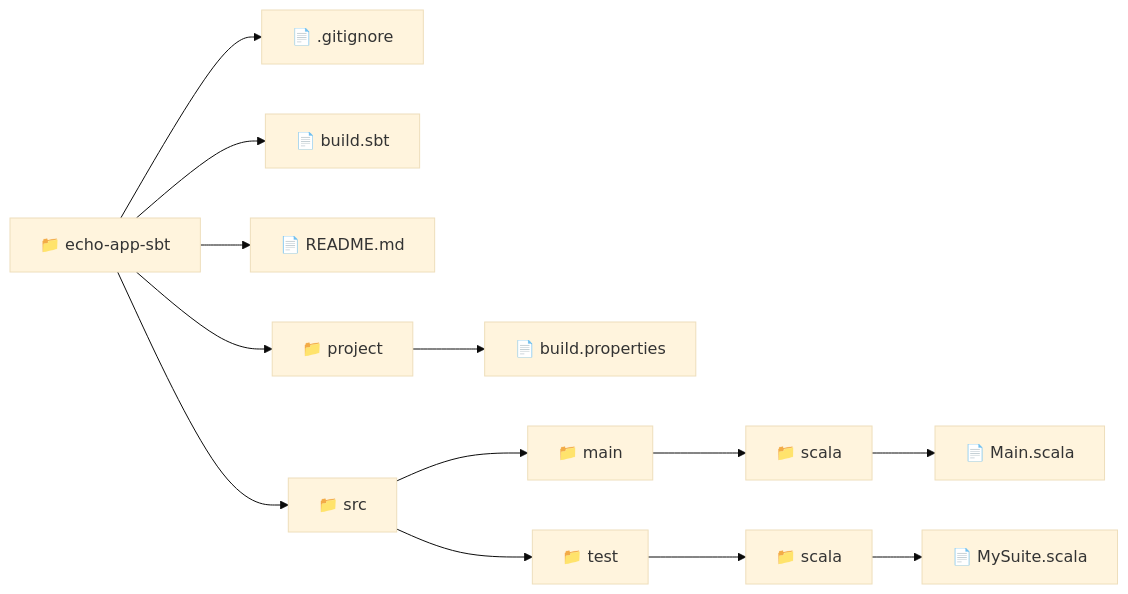
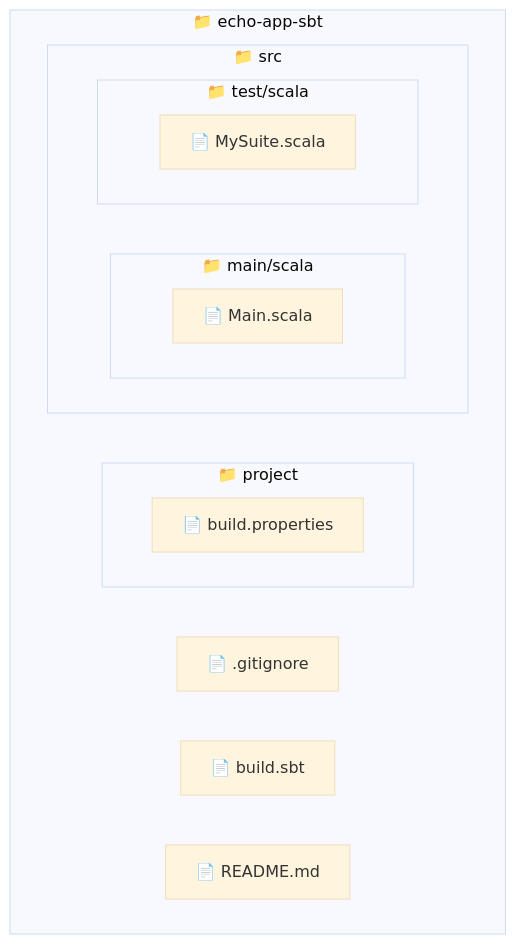
Before and after one commit to r8vnhill/dibs-docusaurus: the diagram in docs/build-systems/init/sbt.mdx, drawn with Mermaid (base theme). The commit also changed other lines of this file and 4 other files, not shown here.

````diff
--- a/docs/build-systems/init/sbt.mdx
+++ b/docs/build-systems/init/sbt.mdx
@@ -111,16 +112,24 @@
 ```mermaid
 graph LR
-    A[📁 echo-app-sbt]
-    A --> B[📄 .gitignore]
-    A --> C[📄 build.sbt]
-    A --> D[📄 README.md]
-    A --> E[📁 project]
-    E --> E1[📄 build.properties]
-    A --> F[📁 src]
-    F --> F1[📁 main]
-    F1 --> F11[📁 scala]
-    F11 --> F111[📄 Main.scala]
-    F --> F2[📁 test]
-    F2 --> F21[📁 scala]
-    F21 --> F211[📄 MySuite.scala]
+    subgraph Root [📁 echo-app-sbt]
+        direction LR
+        A[📄 .gitignore]
+        C[📄 build.sbt]
+        D[📄 README.md]
+        subgraph Project [📁 project]
+            direction LR
+            E[📄 build.properties]
+        end
+        subgraph Src [📁 src]
+            direction LR
+            subgraph Main [📁 main/scala]
+                direction LR
+                F1[📄 Main.scala]
+            end
+            subgraph Test [📁 test/scala]
+                direction LR
+                F2[📄 MySuite.scala]
+            end
+        end
+    end
 ```
````
